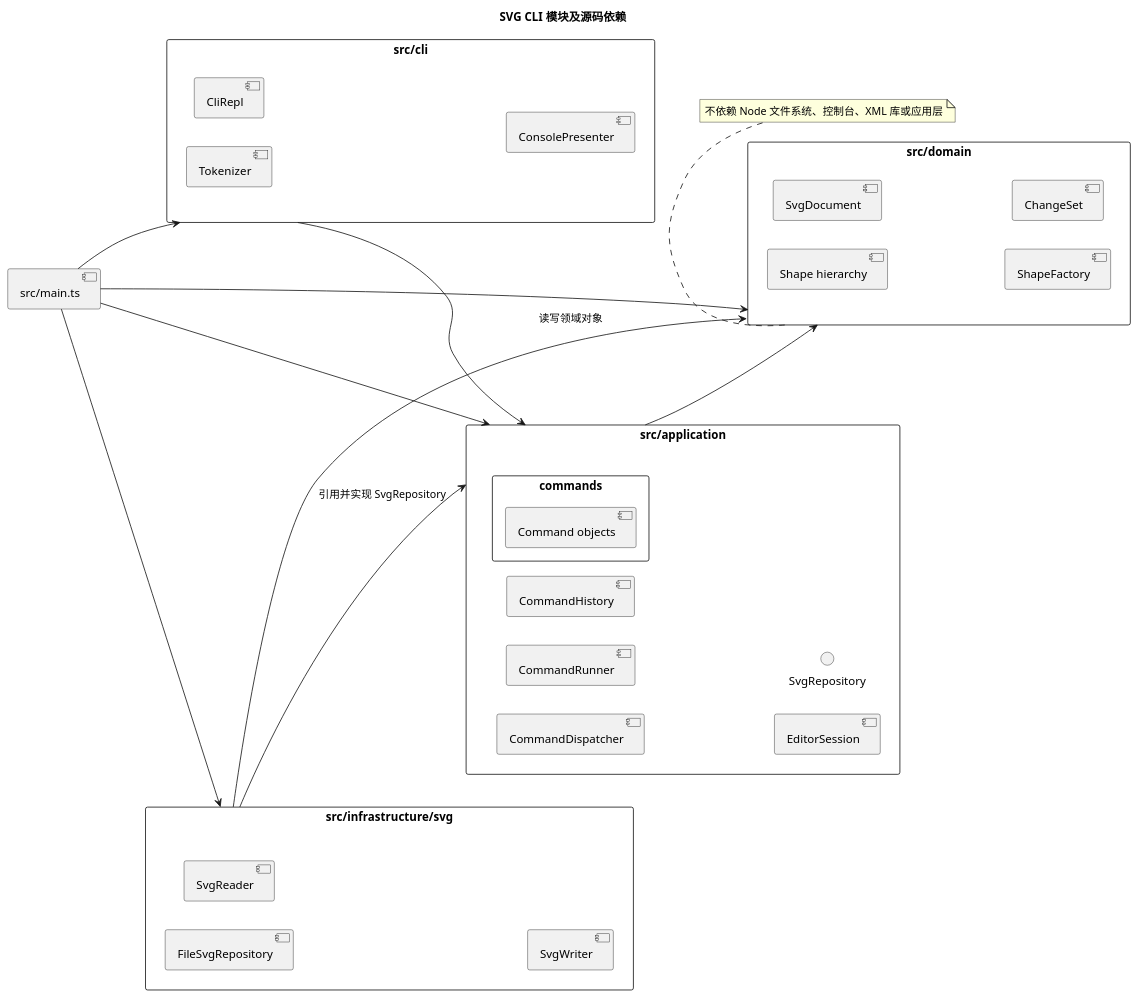
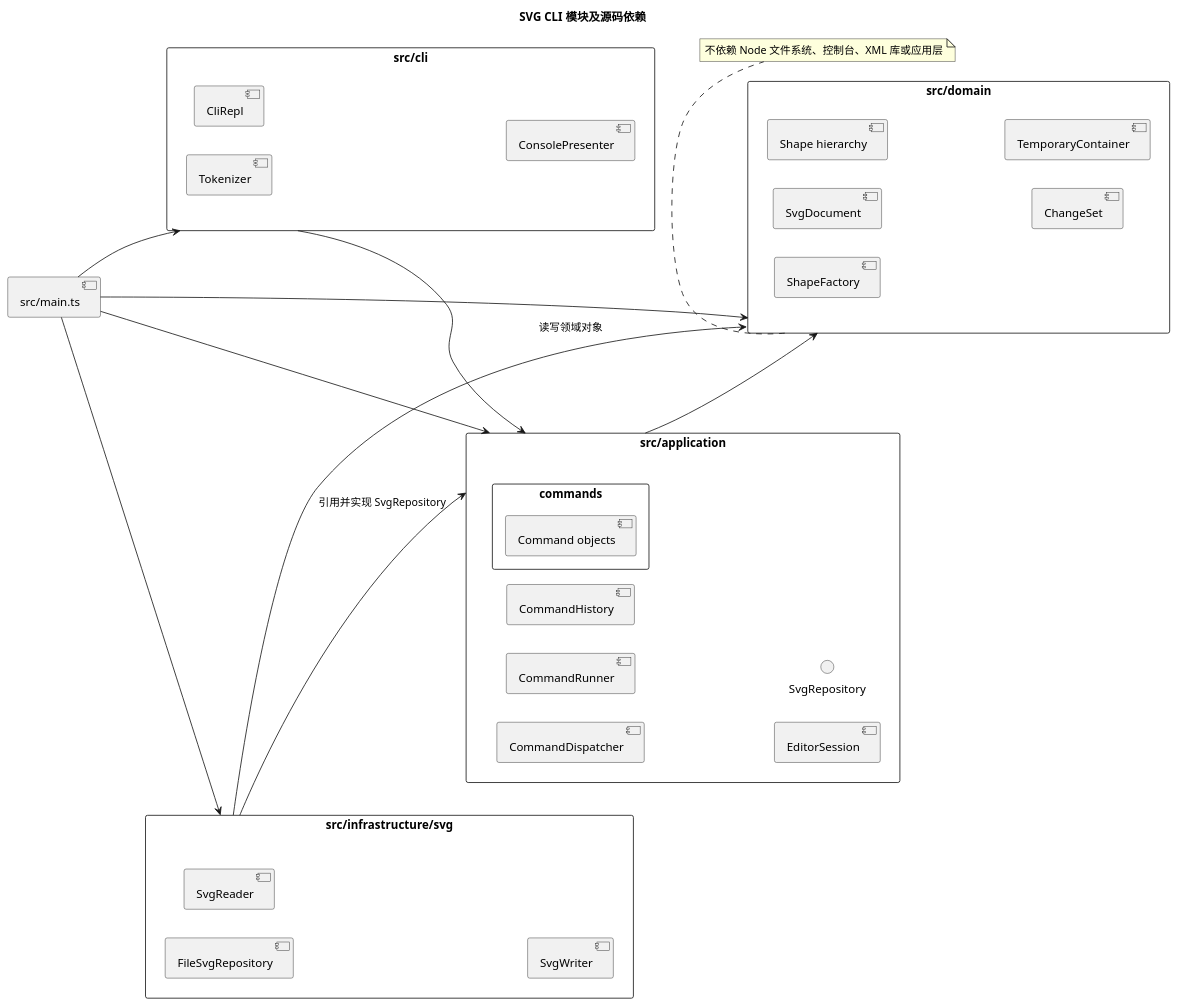
One commit to x-J-beta/svg-cli-command-core changed the first of 3 diagrams in doc/README.md. Above: the diagram before and after it, drawn with PlantUML. The commit also changed other lines of this file and 2 other files, not shown here.

````diff
--- a/doc/README.md
+++ b/doc/README.md
@@ -26,48 +26,49 @@
 ```plantuml
 @startuml
 title SVG CLI 模块及源码依赖
 left to right direction
 skinparam packageStyle rectangle
 
 package "src/cli" as CLI {
   [CliRepl]
   [Tokenizer]
   [ConsolePresenter]
 }
 package "src/application" as APP {
   [CommandDispatcher]
   [CommandRunner]
   [CommandHistory]
   [EditorSession]
   interface SvgRepository
   package "commands" {
     [Command objects]
   }
 }
 package "src/domain" as DOMAIN {
   [SvgDocument]
   [Shape hierarchy]
   [ShapeFactory]
   [ChangeSet]
+  [TemporaryContainer]
 }
 package "src/infrastructure/svg" as INFRA {
   [FileSvgRepository]
   [SvgReader]
   [SvgWriter]
 }
 component "src/main.ts" as MAIN
 
 MAIN --> CLI
 MAIN --> APP
 MAIN --> INFRA
 MAIN --> DOMAIN
 CLI --> APP
 APP --> DOMAIN
 INFRA --> APP : 引用并实现 SvgRepository
 INFRA --> DOMAIN : 读写领域对象
 
 note bottom of DOMAIN
 不依赖 Node 文件系统、控制台、XML 库或应用层
 end note
 @enduml
 ```
````
